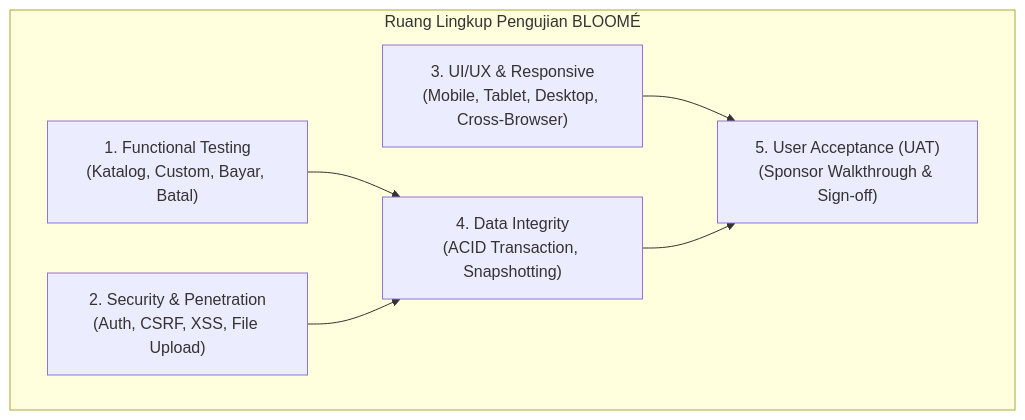
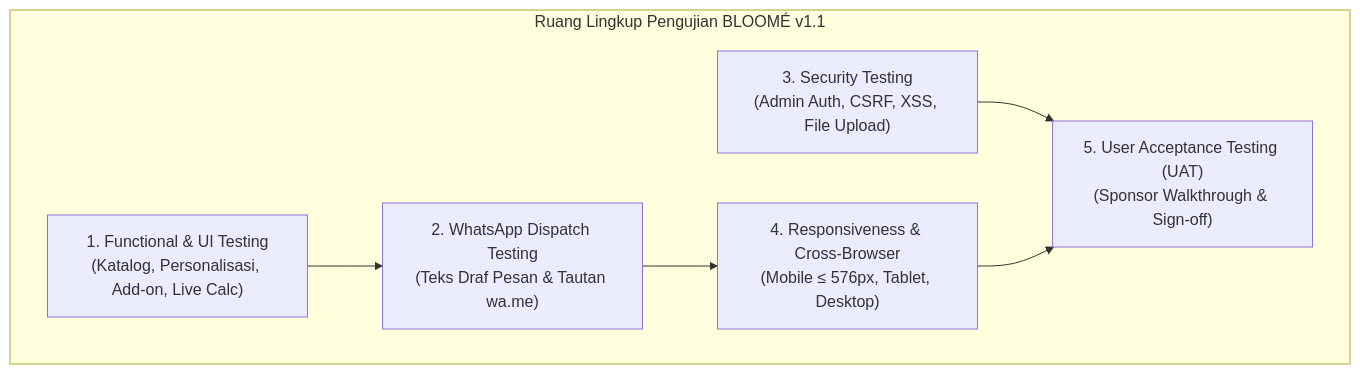
One commit to Elfend11/buketbunga changed the diagram in testing-plan.md. Above: the diagram before and after it, drawn with Mermaid. The commit also changed other lines of this file and 89 other files, not shown here.

````diff
--- a/testing-plan.md
+++ b/testing-plan.md
@@ -33,15 +37,15 @@
 ```mermaid
 graph TD
-    subgraph Testing_Scope ["Ruang Lingkup Pengujian BLOOMÉ"]
-        FT["1. Functional Testing<br>(Katalog, Custom, Bayar, Batal)"]
-        ST["2. Security & Penetration<br>(Auth, CSRF, XSS, File Upload)"]
-        UI["3. UI/UX & Responsive<br>(Mobile, Tablet, Desktop, Cross-Browser)"]
-        IT["4. Data Integrity<br>(ACID Transaction, Snapshotting)"]
-        UAT["5. User Acceptance (UAT)<br>(Sponsor Walkthrough & Sign-off)"]
+    subgraph Testing_Scope ["Ruang Lingkup Pengujian BLOOMÉ v1.1"]
+        FT["1. Functional & UI Testing<br>(Katalog, Personalisasi, Add-on, Live Calc)"]
+        WA["2. WhatsApp Dispatch Testing<br>(Teks Draf Pesan & Tautan wa.me)"]
+        SEC["3. Security Testing<br>(Admin Auth, CSRF, XSS, File Upload)"]
+        UI["4. Responsiveness & Cross-Browser<br>(Mobile ≤ 576px, Tablet, Desktop)"]
+        UAT["5. User Acceptance Testing (UAT)<br>(Sponsor Walkthrough & Sign-off)"]
     end
 
-    FT --> IT
-    ST --> IT
+    FT --> WA
+    WA --> UI
+    SEC --> UAT
     UI --> UAT
-    IT --> UAT
 ```
````
